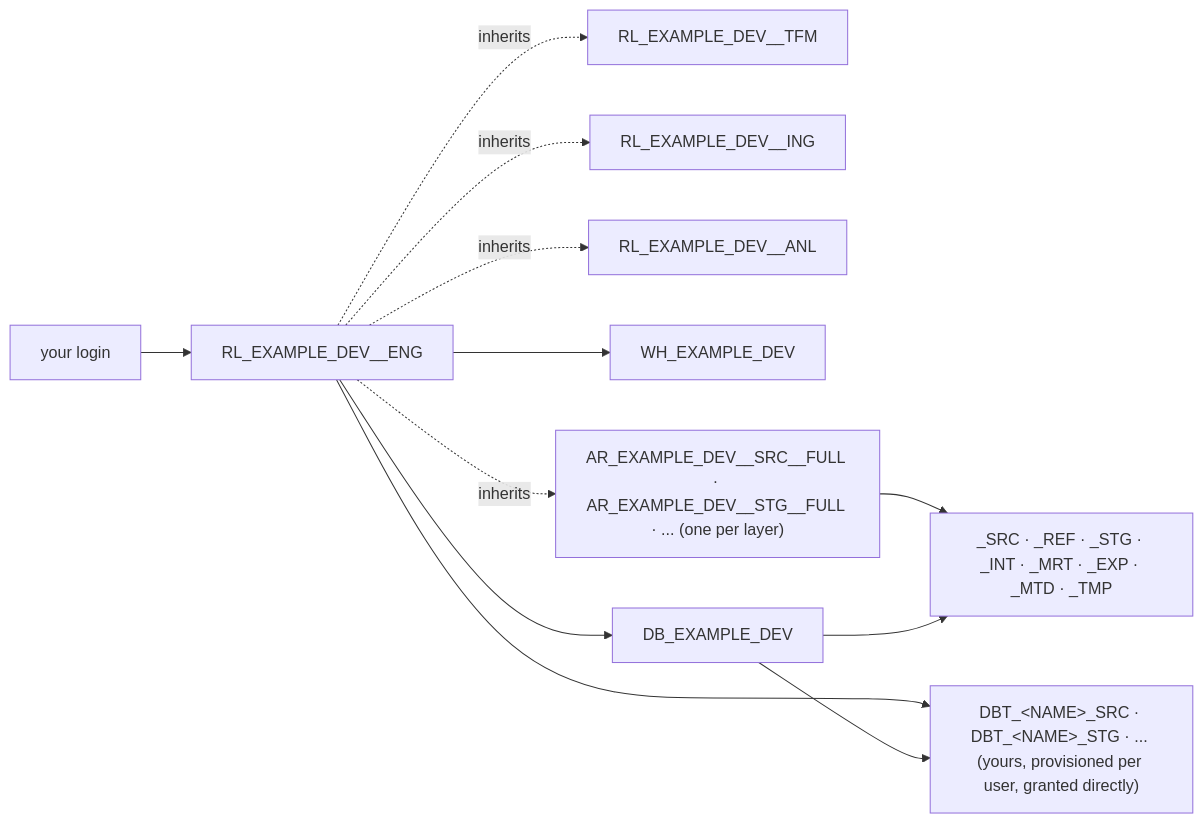
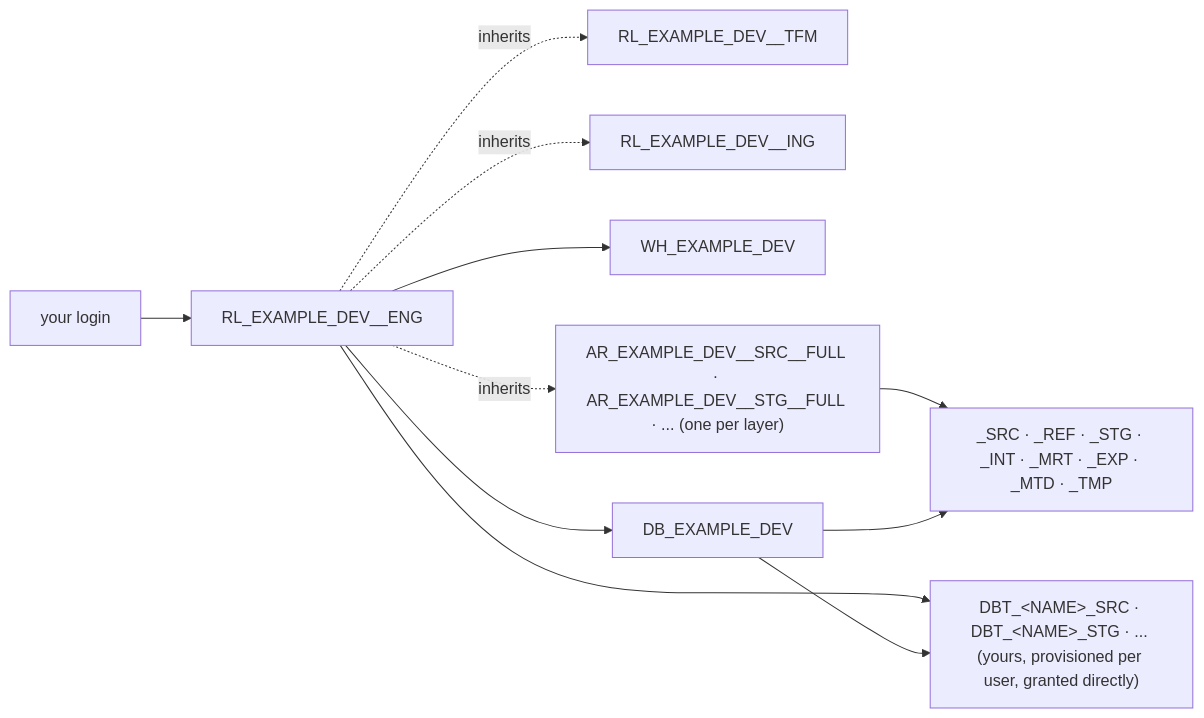
One commit to rootcube/data-mesh-template changed the first of 2 diagrams in docs/understand/snowflake.md. Above: the diagram before and after it, drawn with Mermaid. The commit also changed other lines of this file and 32 other files, not shown here.

````diff
--- a/docs/understand/snowflake.md
+++ b/docs/understand/snowflake.md
@@ -50,14 +50,13 @@
 ```mermaid
 flowchart LR
     U["your login"] --> R["RL_EXAMPLE_DEV__ENG"]
     R -. inherits .-> TFM["RL_EXAMPLE_DEV__TFM"]
     R -. inherits .-> ING["RL_EXAMPLE_DEV__ING"]
-    R -. inherits .-> ANL["RL_EXAMPLE_DEV__ANL"]
     R --> WH["WH_EXAMPLE_DEV"]
     R --> DB["DB_EXAMPLE_DEV"]
     R -. inherits .-> AR["AR_EXAMPLE_DEV__SRC__FULL · AR_EXAMPLE_DEV__STG__FULL · ... (one per layer)"]
     AR --> LAYERS["_SRC · _REF · _STG · _INT · _MRT · _EXP · _MTD · _TMP"]
     DB --> LAYERS
     R --> MINE["DBT_&lt;NAME&gt;_SRC · DBT_&lt;NAME&gt;_STG · ... (yours, provisioned per user, granted directly)"]
     DB --> MINE
 ```
````
